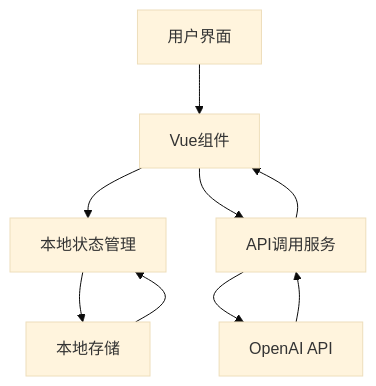
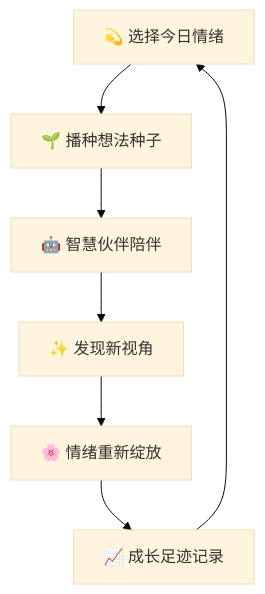
Before and after one commit to ChenM0M/CBThelper: the first of 3 diagrams in README.md, drawn with Mermaid (base theme). The commit also changed other lines of this file and 76 other files, not shown here.

````diff
--- a/README.md
+++ b/README.md
@@ -43,11 +72,9 @@
 ```mermaid
 graph TD
-    A[用户界面] --> B[Vue组件]
-    B --> C[本地状态管理]
-    B --> D[API调用服务]
-    D --> E[OpenAI API]
-    E --> D
-    D --> B
-    C --> F[本地存储]
-    F --> C
+    A[💫 选择今日情绪] --> B[🌱 播种想法种子]
+    B --> C[🤖 智慧伙伴陪伴]
+    C --> D[✨ 发现新视角]
+    D --> E[🌸 情绪重新绽放]
+    E --> F[📈 成长足迹记录]
+    F --> A
 ```
````
